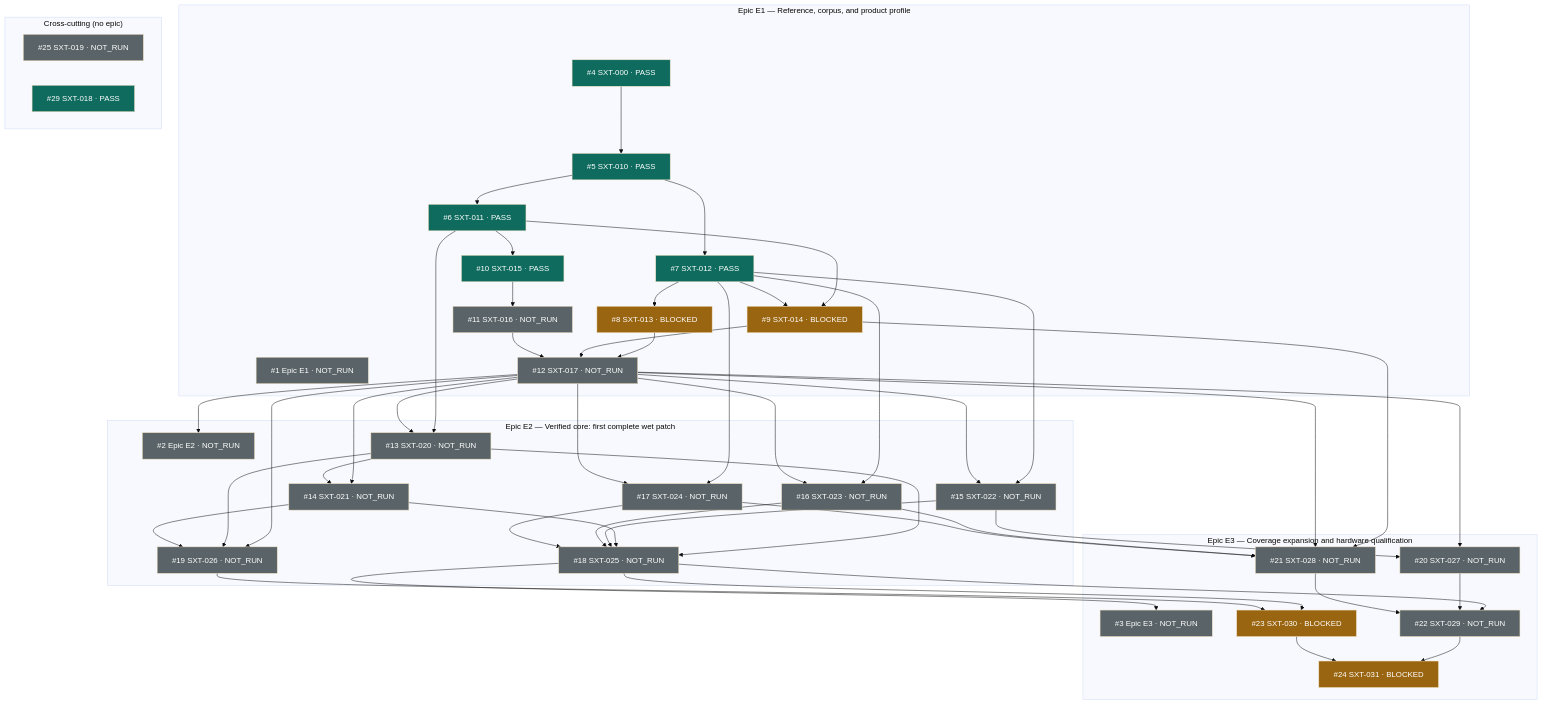
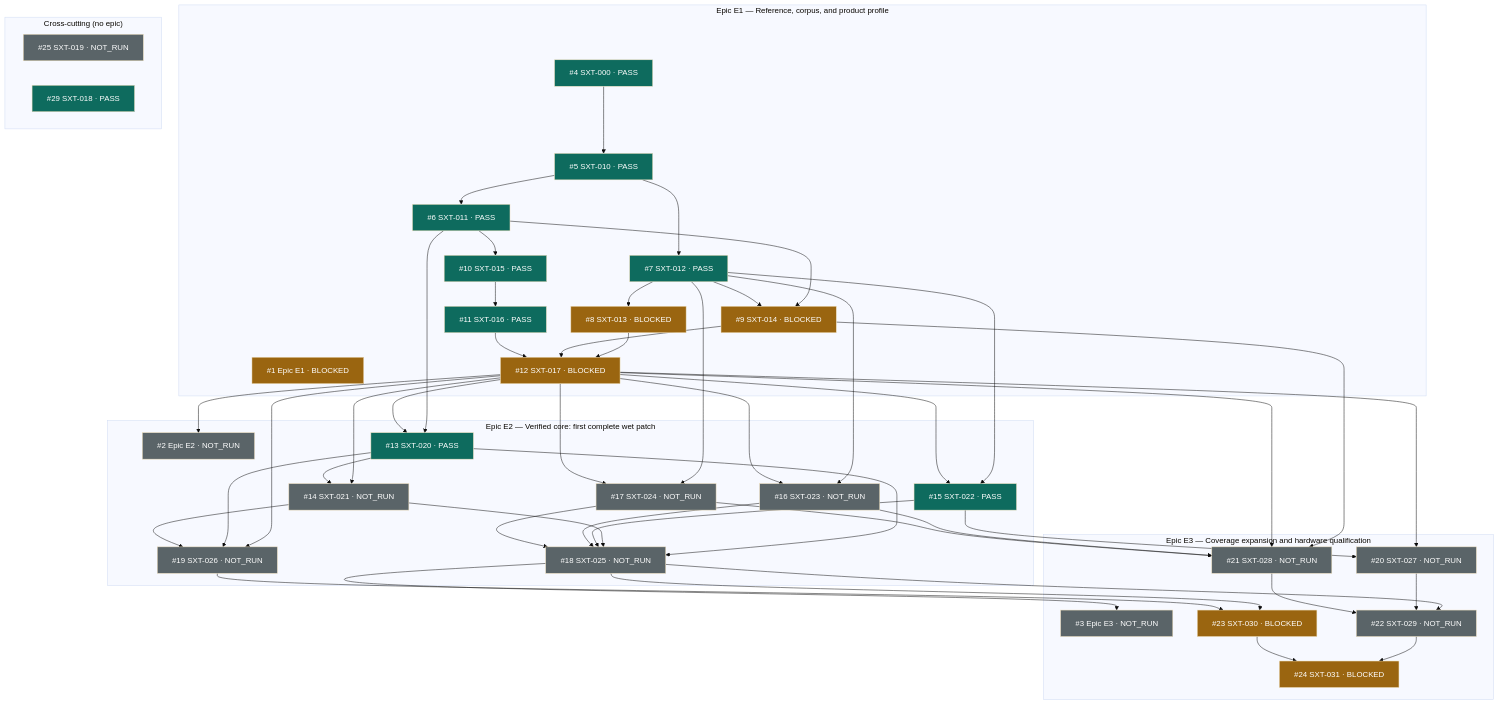
The diagram in README.md (2AMLogic/gf180-surge), drawn with Mermaid (base theme) before and after one commit. The commit also changed other lines of this file and 1 other file, not shown here.

Commit message:
DAG: derive epic aggregates per board rule

````diff
--- a/README.md
+++ b/README.md
@@ -107,7 +107,7 @@
 ```mermaid
 graph TD
   subgraph E1["Epic E1 — Reference, corpus, and product profile"]
-    n1["#1 Epic E1 · NOT_RUN"]
+    n1["#1 Epic E1 · BLOCKED"]
     n4["#4 SXT-000 · PASS"]
     n5["#5 SXT-010 · PASS"]
     n6["#6 SXT-011 · PASS"]
@@ -115,14 +115,14 @@
     n8["#8 SXT-013 · BLOCKED"]
     n9["#9 SXT-014 · BLOCKED"]
     n10["#10 SXT-015 · PASS"]
-    n11["#11 SXT-016 · NOT_RUN"]
-    n12["#12 SXT-017 · NOT_RUN"]
+    n11["#11 SXT-016 · PASS"]
+    n12["#12 SXT-017 · BLOCKED"]
   end
   subgraph E2["Epic E2 — Verified core: first complete wet patch"]
     n2["#2 Epic E2 · NOT_RUN"]
-    n13["#13 SXT-020 · NOT_RUN"]
+    n13["#13 SXT-020 · PASS"]
     n14["#14 SXT-021 · NOT_RUN"]
-    n15["#15 SXT-022 · NOT_RUN"]
+    n15["#15 SXT-022 · PASS"]
     n16["#16 SXT-023 · NOT_RUN"]
     n17["#17 SXT-024 · NOT_RUN"]
     n18["#18 SXT-025 · NOT_RUN"]
@@ -192,7 +192,7 @@
   classDef notrun fill:#5A6468,color:#fff
   classDef noverdict fill:#6B46C1,color:#fff
   classDef stale fill:#B7791F,color:#fff
-  class n8,n9,n23,n24 blocked
-  class n1,n2,n3,n11,n12,n13,n14,n15,n16,n17,n18,n19,n20,n21,n22,n25 notrun
-  class n4,n5,n6,n7,n10,n29 pass
+  class n1,n8,n9,n12,n23,n24 blocked
+  class n2,n3,n14,n16,n17,n18,n19,n20,n21,n22,n25 notrun
+  class n4,n5,n6,n7,n10,n11,n13,n15,n29 pass
 ```
````
